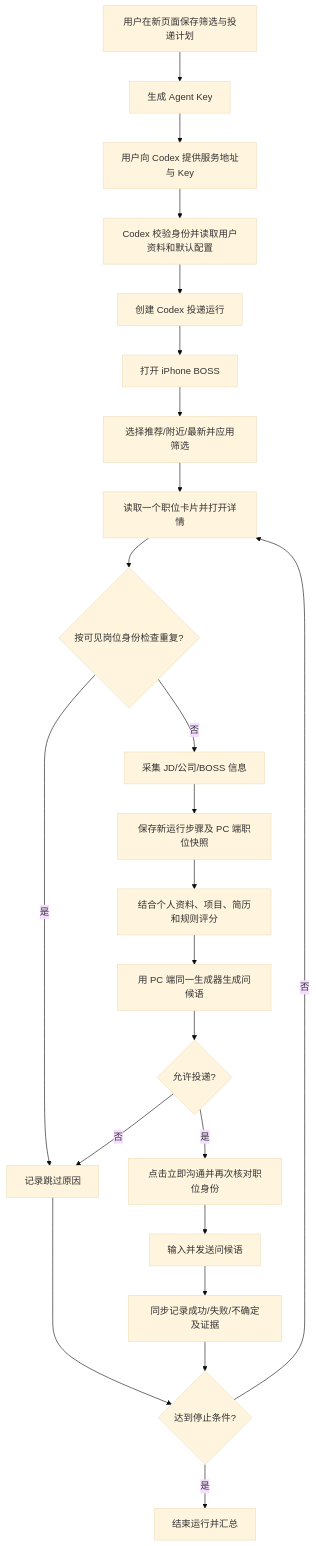
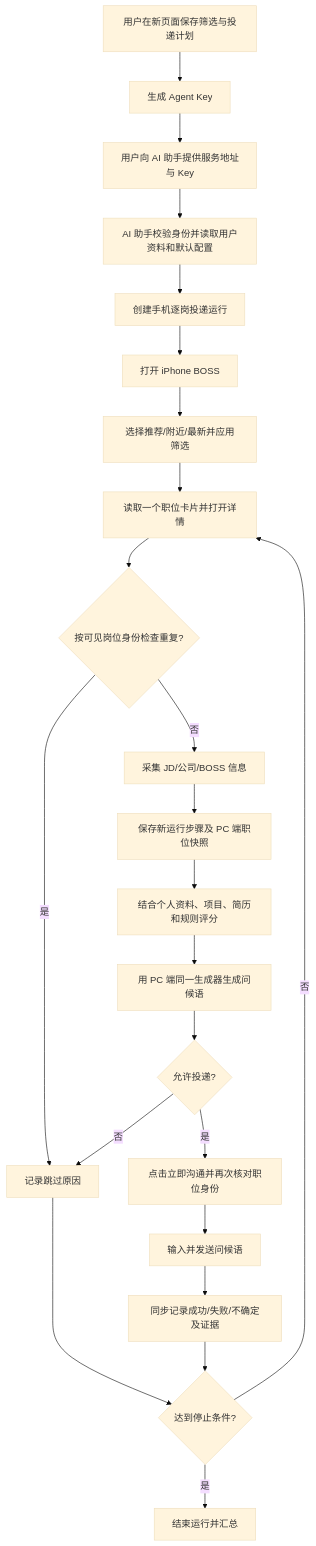
One commit to a764506248/Job-Search-Assistant changed the diagram in docs/codex-delivery/PRD.md. Above: the diagram before and after it, drawn with Mermaid (base theme). The commit also changed other lines of this file and 10 other files, not shown here.

````diff
--- a/docs/codex-delivery/PRD.md
+++ b/docs/codex-delivery/PRD.md
@@ -51,25 +51,25 @@
 ```mermaid
 flowchart TD
     A[用户在新页面保存筛选与投递计划] --> B[生成 Agent Key]
-    B --> C[用户向 Codex 提供服务地址与 Key]
-    C --> D[Codex 校验身份并读取用户资料和默认配置]
-    D --> E[创建 Codex 投递运行]
+    B --> C[用户向 AI 助手提供服务地址与 Key]
+    C --> D[AI 助手校验身份并读取用户资料和默认配置]
+    D --> E[创建手机逐岗投递运行]
     E --> F[打开 iPhone BOSS]
     F --> G[选择推荐/附近/最新并应用筛选]
     G --> H[读取一个职位卡片并打开详情]
     H --> I{按可见岗位身份检查重复?}
     I -- 是 --> J[记录跳过原因]
     I -- 否 --> K[采集 JD/公司/BOSS 信息]
     K --> L[保存新运行步骤及 PC 端职位快照]
     L --> M[结合个人资料、项目、简历和规则评分]
     M --> N[用 PC 端同一生成器生成问候语]
     N --> O{允许投递?}
     O -- 否 --> J
     O -- 是 --> P[点击立即沟通并再次核对职位身份]
     P --> Q[输入并发送问候语]
     Q --> R[同步记录成功/失败/不确定及证据]
     J --> S{达到停止条件?}
     R --> S
     S -- 否 --> H
     S -- 是 --> T[结束运行并汇总]
 ```
````
